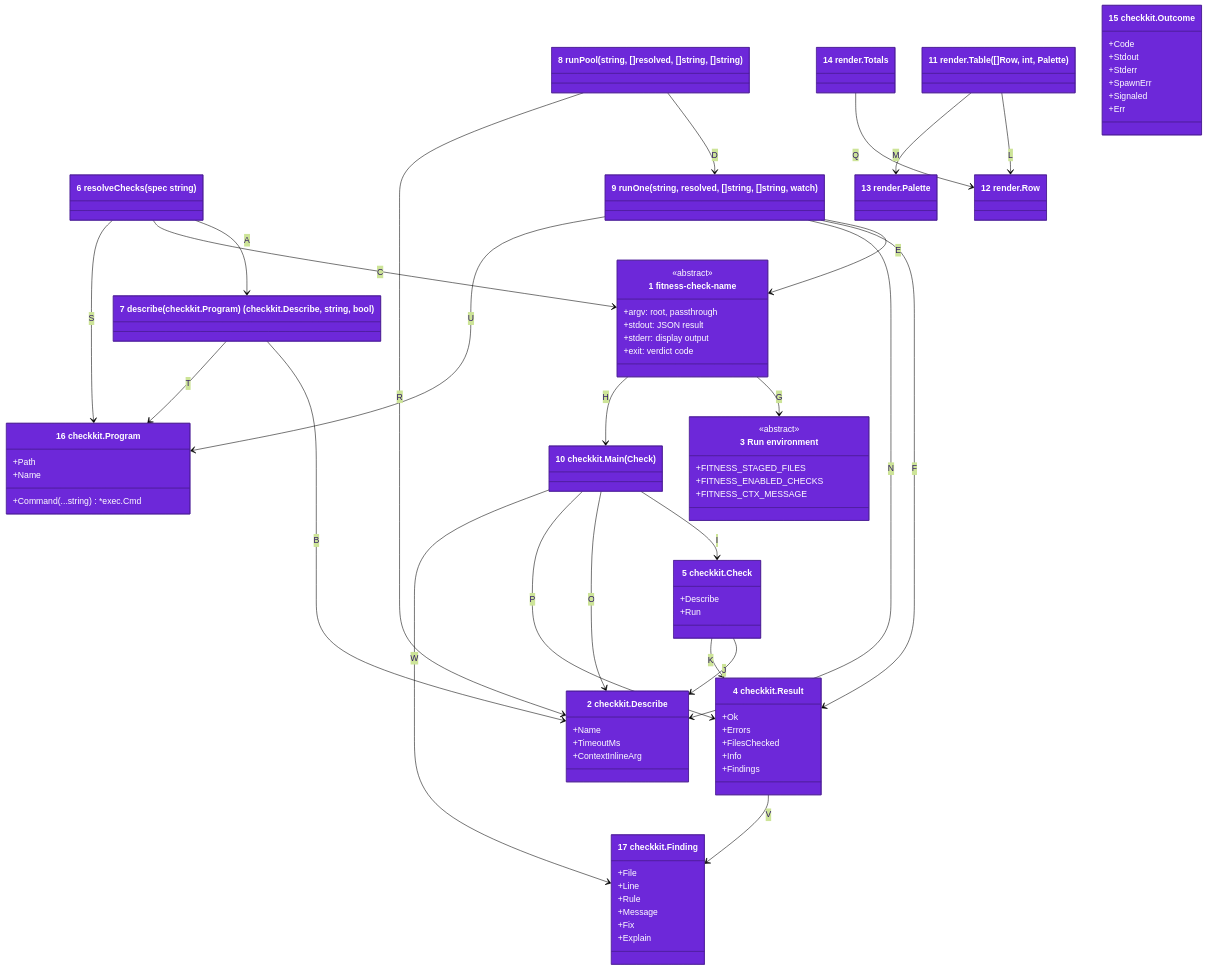
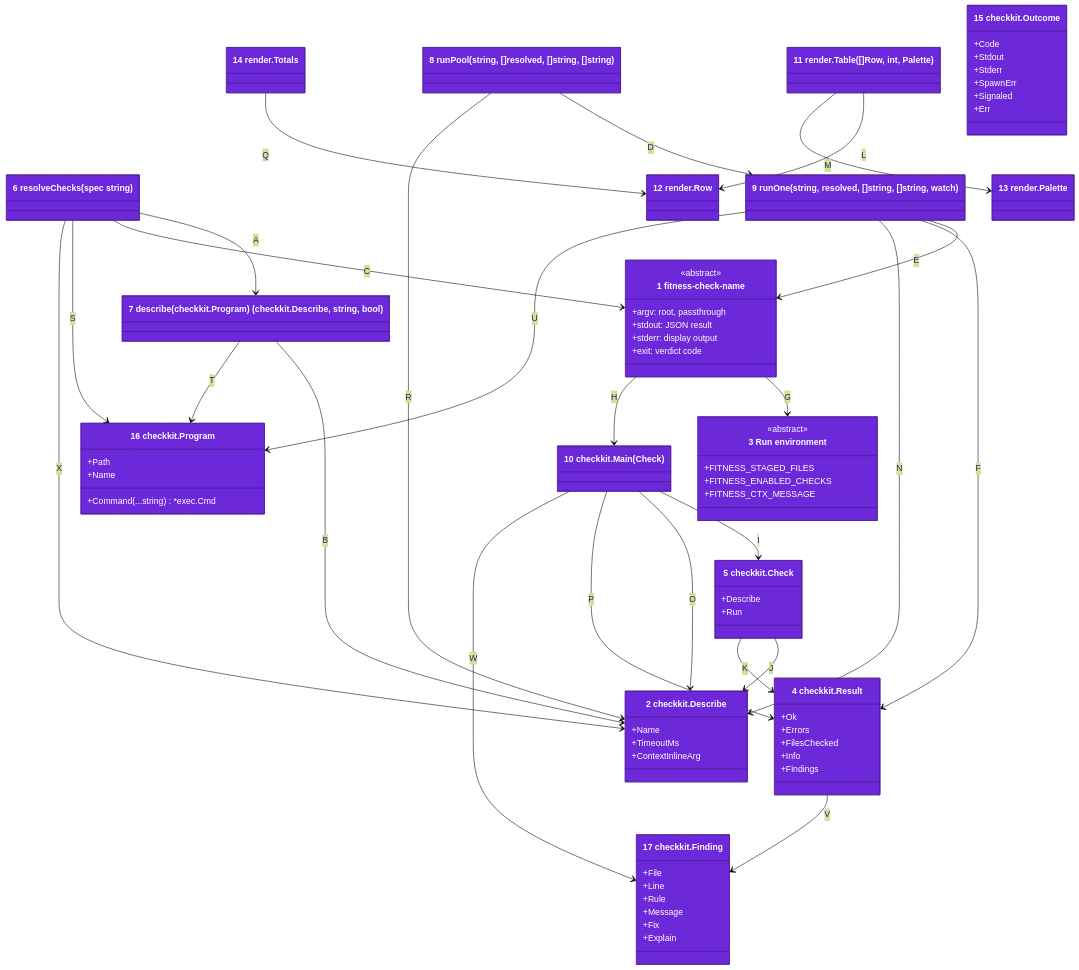
One commit to may-journal/fitness-runner changed the first of 2 diagrams in docs/architecture/04-code.md. Above: the diagram before and after it, drawn with Mermaid (forest theme). The commit also changed other lines of this file and 112 other files, not shown here.

```diff
--- a/docs/architecture/04-code.md
+++ b/docs/architecture/04-code.md
@@ -85,6 +85,7 @@
     }
     Result --> Finding : V
     checkkitMain --> Finding : W
+    resolveChecks --> Describe : X
 
     style CheckBinary fill:#6d28d9,stroke:#4c1d95,color:#ffffff
     style Describe fill:#6d28d9,stroke:#4c1d95,color:#ffffff
```
